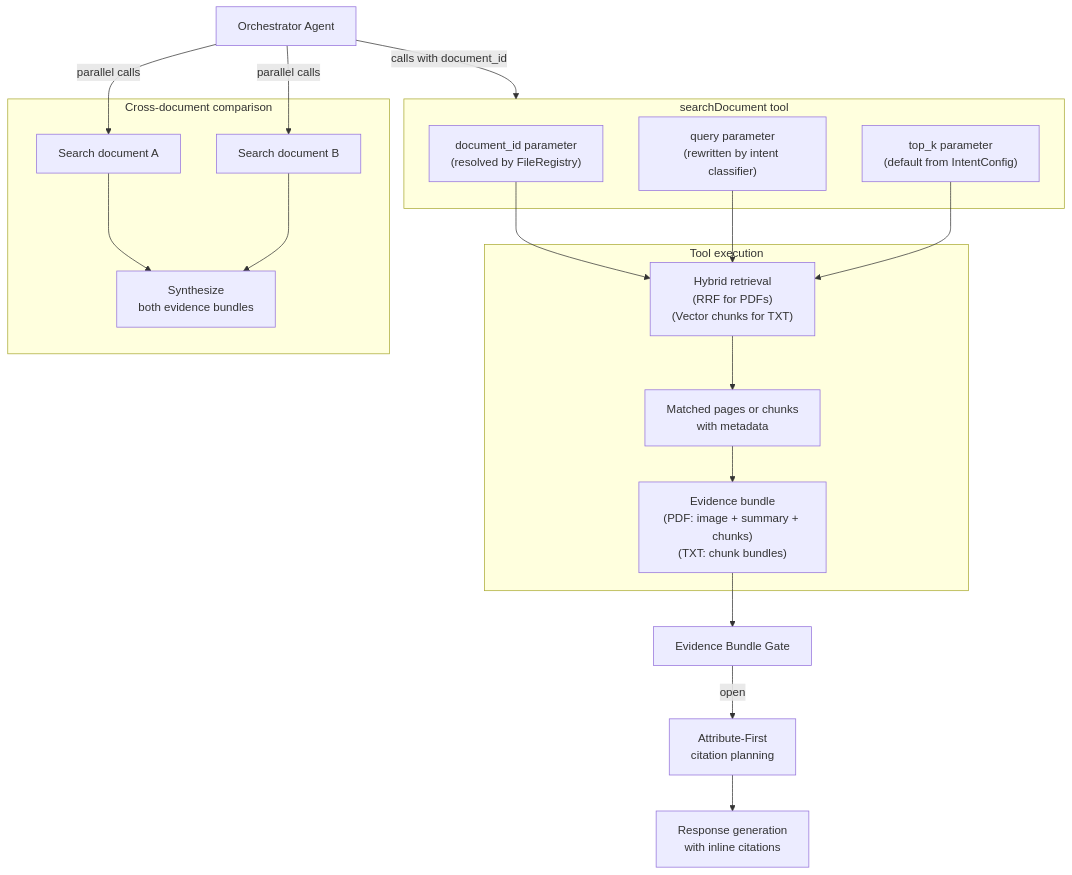
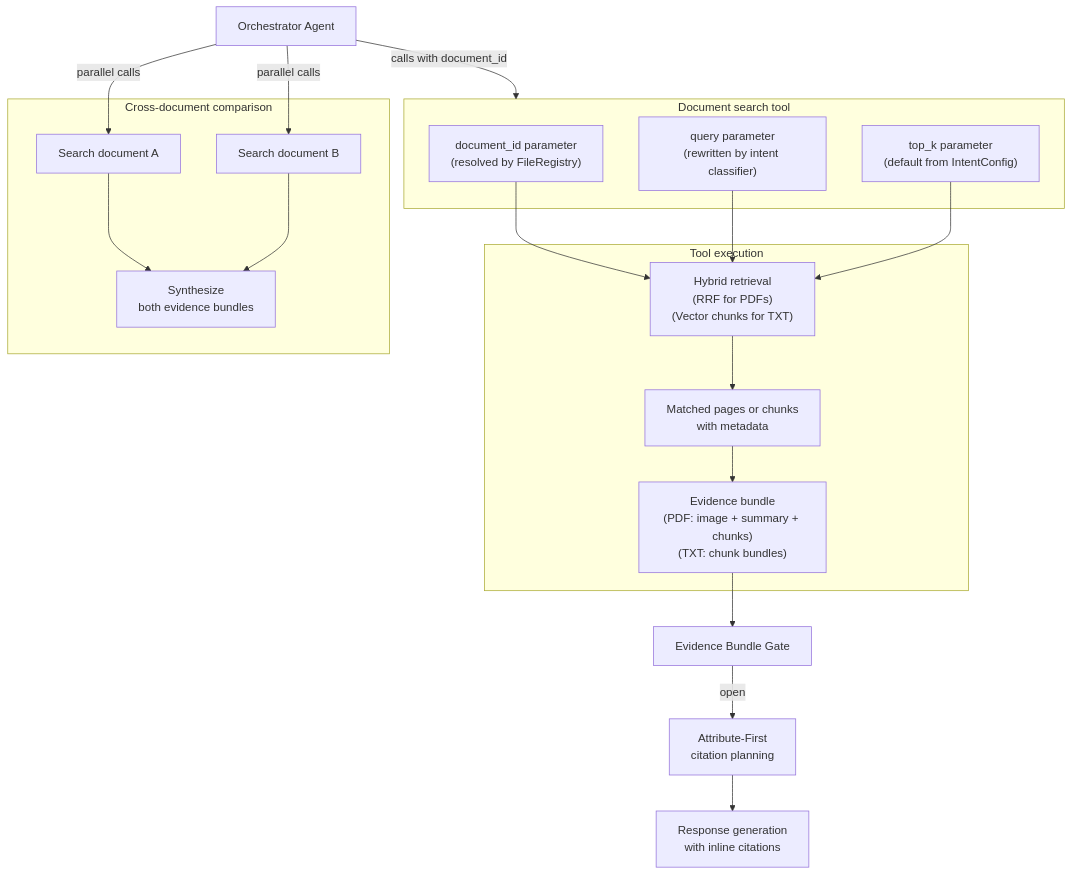
The tenth of 29 diagrams in plan/09-retrieval.md (1qh/safeagent), drawn with Mermaid before and after one commit. The commit also changed other lines of this file and 18 other files, not shown here.

````diff
--- a/plan/09-retrieval.md
+++ b/plan/09-retrieval.md
@@ -380,34 +380,34 @@
 ```mermaid
 flowchart TD
     ORCHESTRATOR_AGENT["Orchestrator Agent"]
 
-    subgraph SEARCH_TOOL_SURFACE["searchDocument tool"]
+    subgraph SEARCH_TOOL_SURFACE["Document search tool"]
         PARAM_DOCUMENT["document_id parameter\n(resolved by FileRegistry)"]
         PARAM_QUERY["query parameter\n(rewritten by intent classifier)"]
         PARAM_TOPK["top_k parameter\n(default from IntentConfig)"]
     end
 
     subgraph SEARCH_EXECUTION["Tool execution"]
         HYBRID_ENGINE["Hybrid retrieval\n(RRF for PDFs)\n(Vector chunks for TXT)"]
         MATCHED_UNITS["Matched pages or chunks\nwith metadata"]
         EVIDENCE_UNITS["Evidence bundle\n(PDF: image + summary + chunks)\n(TXT: chunk bundles)"]
     end
 
     EVIDENCE_GATE_NODE["Evidence Bundle Gate"]
     ATTRIBUTE_PLAN_NODE["Attribute-First\ncitation planning"]
     FINAL_GENERATION_NODE["Response generation\nwith inline citations"]
 
     ORCHESTRATOR_AGENT -->|"calls with document_id"| SEARCH_TOOL_SURFACE
     PARAM_DOCUMENT & PARAM_QUERY & PARAM_TOPK --> HYBRID_ENGINE
     HYBRID_ENGINE --> MATCHED_UNITS --> EVIDENCE_UNITS --> EVIDENCE_GATE_NODE
     EVIDENCE_GATE_NODE -->|"open"| ATTRIBUTE_PLAN_NODE --> FINAL_GENERATION_NODE
 
     subgraph CROSS_DOCUMENT_BRANCH["Cross-document comparison"]
         SEARCH_DOC_ALPHA["Search document A"]
         SEARCH_DOC_BETA["Search document B"]
         SYNTHESIZE_BOTH["Synthesize\nboth evidence bundles"]
     end
 
     ORCHESTRATOR_AGENT -->|"parallel calls"| SEARCH_DOC_ALPHA & SEARCH_DOC_BETA
     SEARCH_DOC_ALPHA & SEARCH_DOC_BETA --> SYNTHESIZE_BOTH
 ```
````
